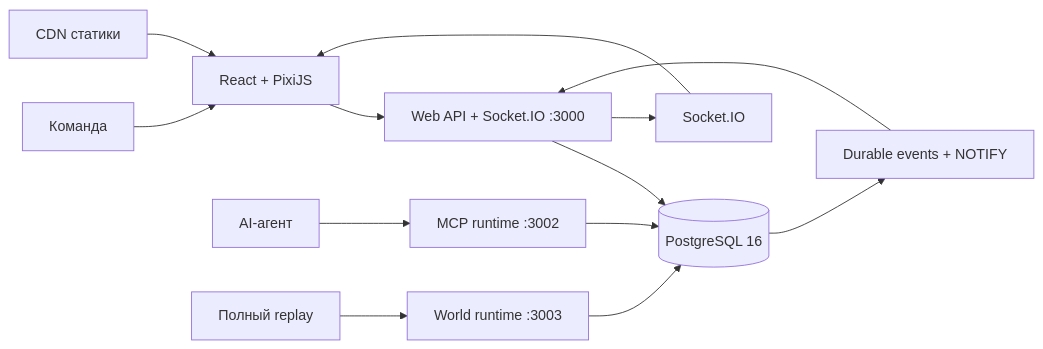
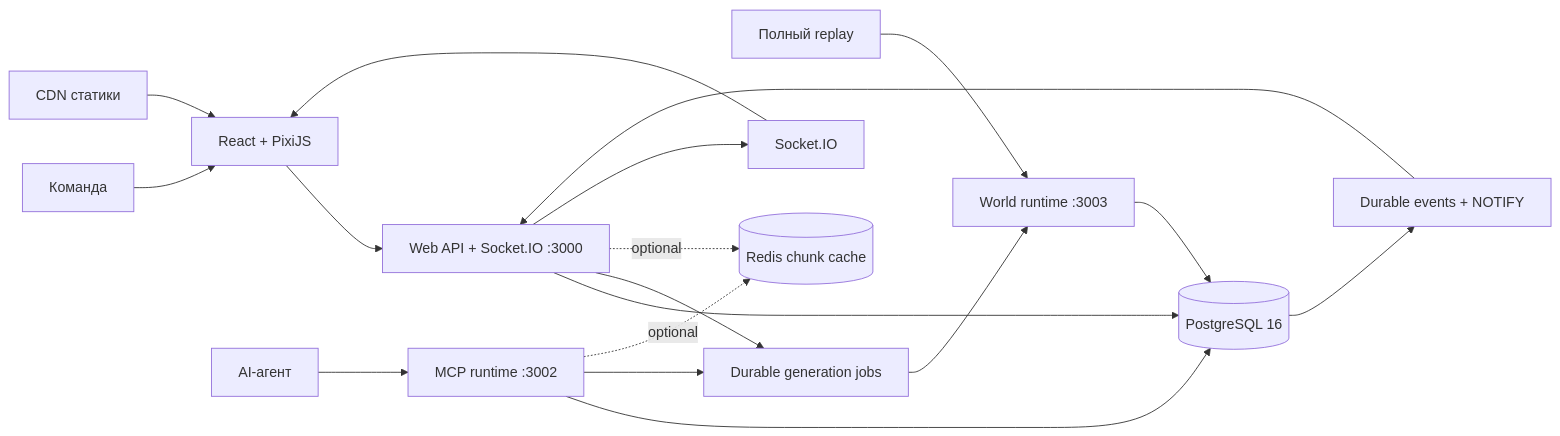
One commit to afkbot-io/tasktopia changed the diagram in README.md. Above: the diagram before and after it, drawn with Mermaid. The commit also changed other lines of this file and 63 other files, not shown here.

Commit message:
feat: isolate and optimize world generation

````diff
--- a/README.md
+++ b/README.md
@@ -216,15 +216,20 @@
 ```mermaid
 flowchart LR
     Team["Команда"] --> Web["React + PixiJS"]
     Agent["AI-агент"] --> MCP["MCP runtime :3002"]
     Web --> API["Web API + Socket.IO :3000"]
     Operator["Полный replay"] --> World["World runtime :3003"]
     API --> DB[("PostgreSQL 16")]
     MCP --> DB
     World --> DB
+    API --> Jobs["Durable generation jobs"]
+    MCP --> Jobs
+    Jobs --> World
+    API -. optional .-> Redis[("Redis chunk cache")]
+    MCP -. optional .-> Redis
     DB --> Events["Durable events + NOTIFY"]
     Events --> API
     API --> Socket["Socket.IO"]
     Socket --> Web
     CDN["CDN статики"] --> Web
 ```
````
